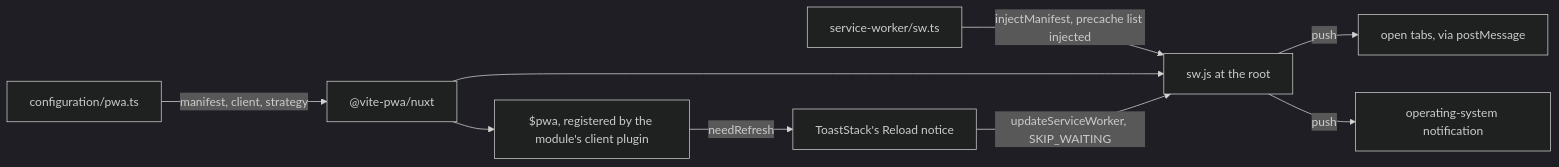
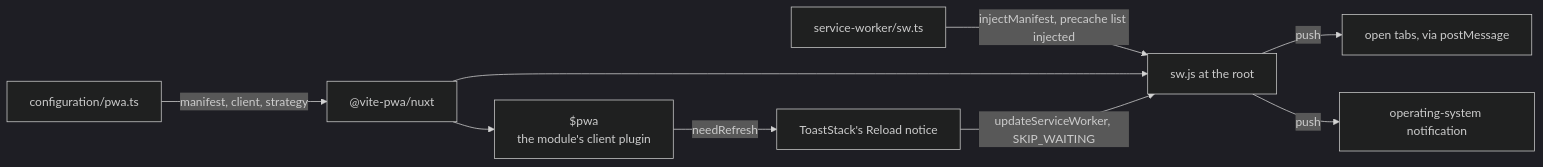
The diagram in openspec/specs/architecture/pwa/design.md (Esposter/Esposter), drawn with Mermaid (dark theme) before and after one commit. The commit also changed other lines of this file and 9 other files, not shown here.

````diff
--- a/openspec/specs/architecture/pwa/design.md
+++ b/openspec/specs/architecture/pwa/design.md
@@ -7,11 +7,11 @@
 ```mermaid
 flowchart LR
   Src["service-worker/sw.ts"] -->|injectManifest, precache list injected| SW["sw.js at the root"]
   Cfg["configuration/pwa.ts"] -->|manifest, client, strategy| Mod["@vite-pwa/nuxt"]
   Mod --> SW
-  Mod --> Plugin["$pwa, registered by the module's client plugin"]
+  Mod --> Plugin["$pwa<br/>the module's client plugin"]
   Plugin -->|needRefresh| Toast["ToastStack's Reload notice"]
   Toast -->|updateServiceWorker, SKIP_WAITING| SW
   SW -->|push| Tabs["open tabs, via postMessage"]
   SW -->|push| OS["operating-system notification"]
 ```
````
